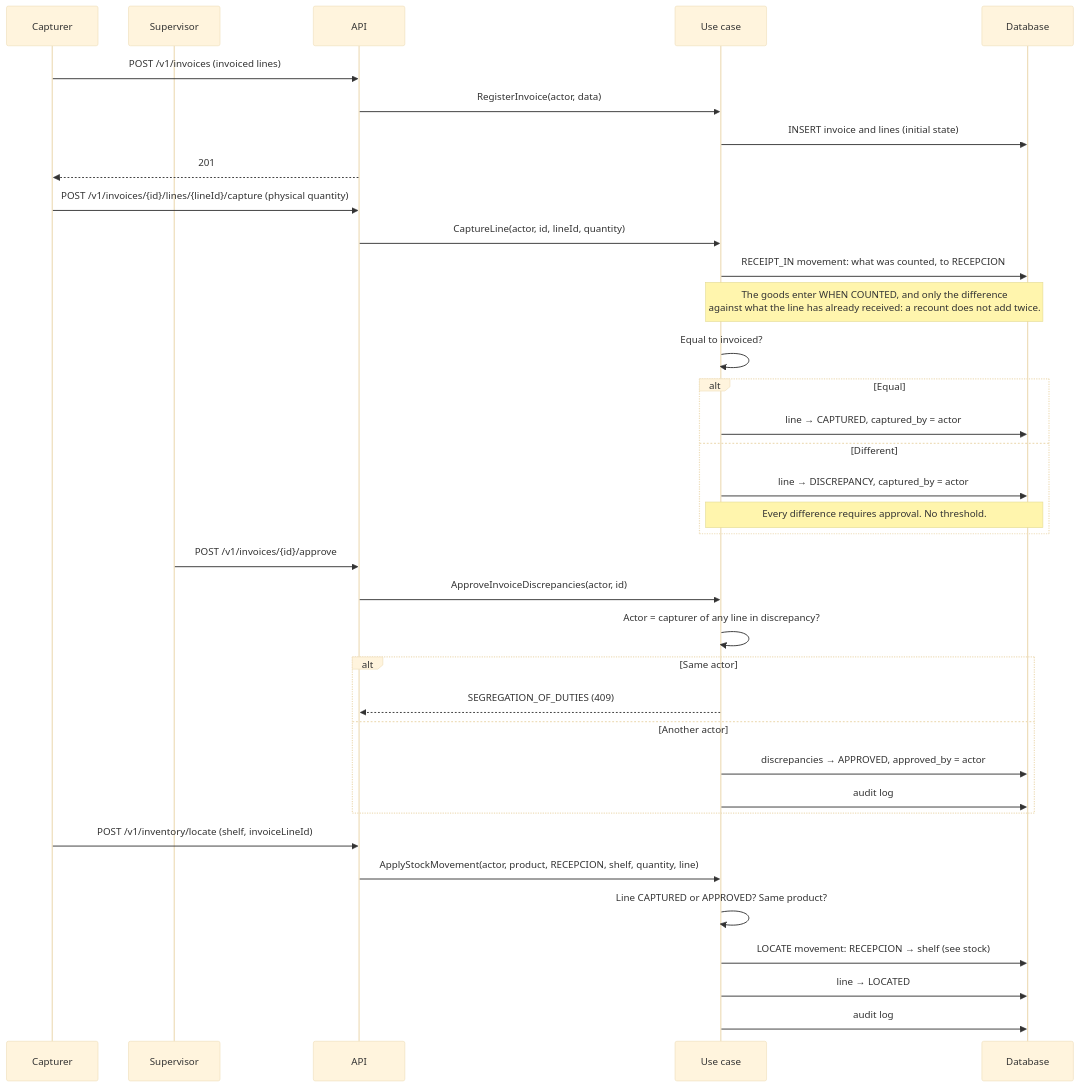
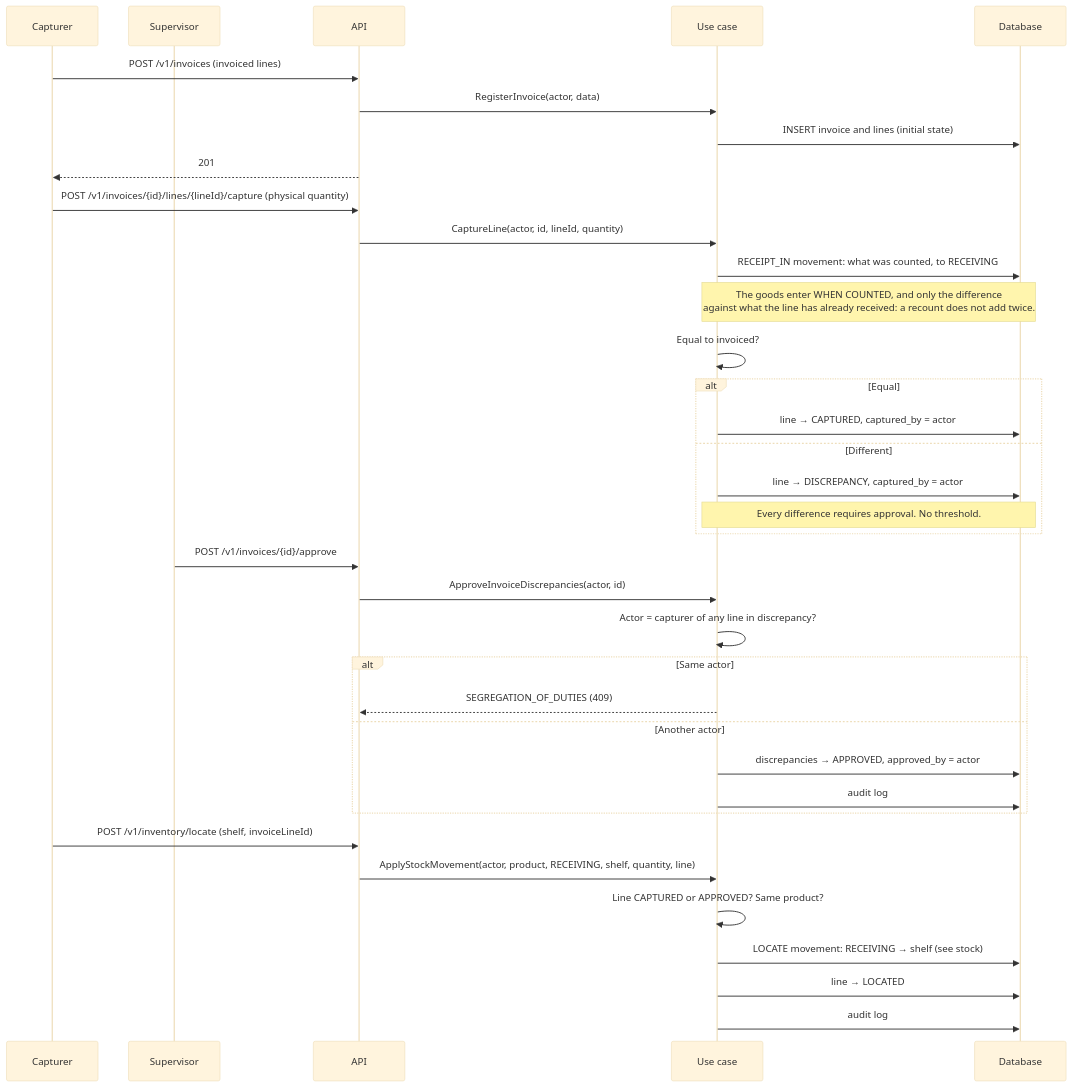
The second of 2 diagrams in docs/flujos/recepcion.md (maag070208/AXZY_STOCK_FLOW), drawn with Mermaid (base theme) before and after one commit. The commit also changed other lines of this file and 27 other files, not shown here.

````diff
--- a/docs/flujos/recepcion.md
+++ b/docs/flujos/recepcion.md
@@ -39,42 +39,42 @@
 ```mermaid
 sequenceDiagram
     participant C as Capturer
     participant S as Supervisor
     participant API
     participant UC as Use case
     participant DB as Database
 
     C->>API: POST /v1/invoices (invoiced lines)
     API->>UC: RegisterInvoice(actor, data)
     UC->>DB: INSERT invoice and lines (initial state)
     API-->>C: 201
 
     C->>API: POST /v1/invoices/{id}/lines/{lineId}/capture (physical quantity)
     API->>UC: CaptureLine(actor, id, lineId, quantity)
-    UC->>DB: RECEIPT_IN movement: what was counted, to RECEPCION
+    UC->>DB: RECEIPT_IN movement: what was counted, to RECEIVING
     Note over UC,DB: The goods enter WHEN COUNTED, and only the difference<br/>against what the line has already received: a recount does not add twice.
     UC->>UC: Equal to invoiced?
     alt Equal
         UC->>DB: line → CAPTURED, captured_by = actor
     else Different
         UC->>DB: line → DISCREPANCY, captured_by = actor
         Note over UC,DB: Every difference requires approval. No threshold.
     end
 
     S->>API: POST /v1/invoices/{id}/approve
     API->>UC: ApproveInvoiceDiscrepancies(actor, id)
     UC->>UC: Actor = capturer of any line in discrepancy?
     alt Same actor
         UC-->>API: SEGREGATION_OF_DUTIES (409)
     else Another actor
         UC->>DB: discrepancies → APPROVED, approved_by = actor
         UC->>DB: audit log
     end
 
     C->>API: POST /v1/inventory/locate (shelf, invoiceLineId)
-    API->>UC: ApplyStockMovement(actor, product, RECEPCION, shelf, quantity, line)
+    API->>UC: ApplyStockMovement(actor, product, RECEIVING, shelf, quantity, line)
     UC->>UC: Line CAPTURED or APPROVED? Same product?
-    UC->>DB: LOCATE movement: RECEPCION → shelf (see stock)
+    UC->>DB: LOCATE movement: RECEIVING → shelf (see stock)
     UC->>DB: line → LOCATED
     UC->>DB: audit log
 ```
````
